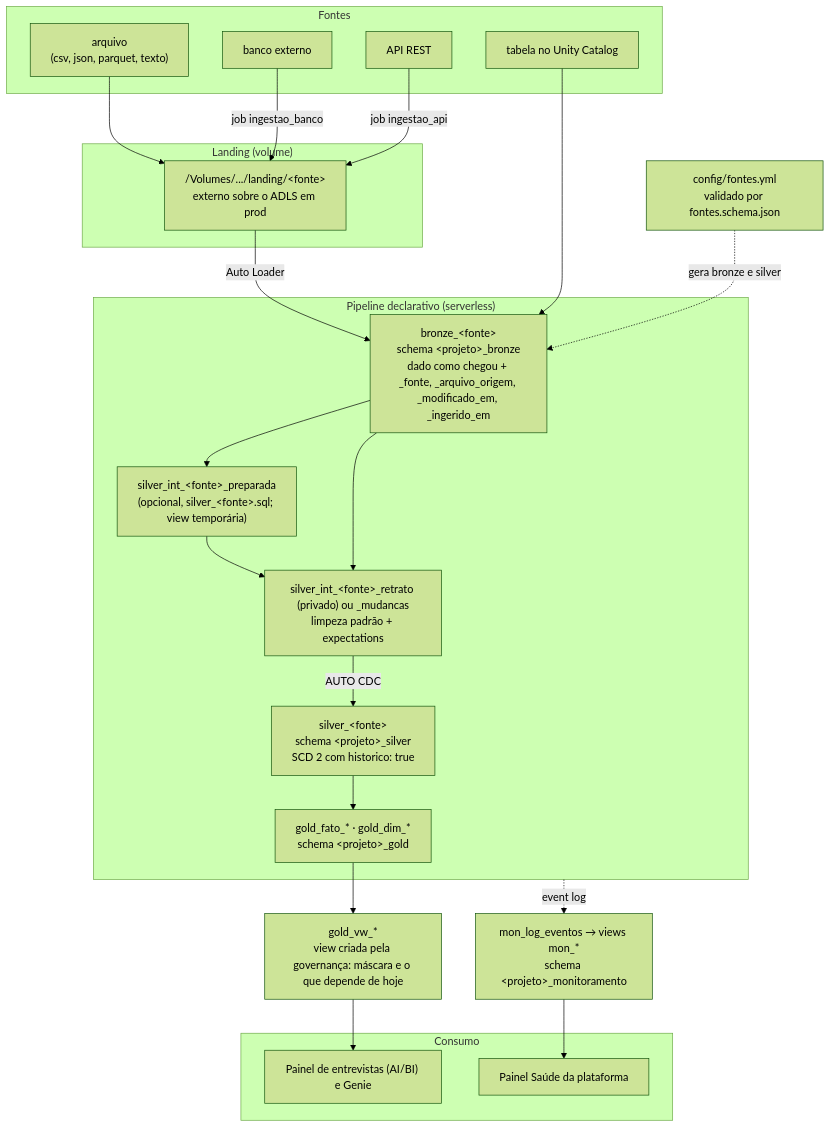
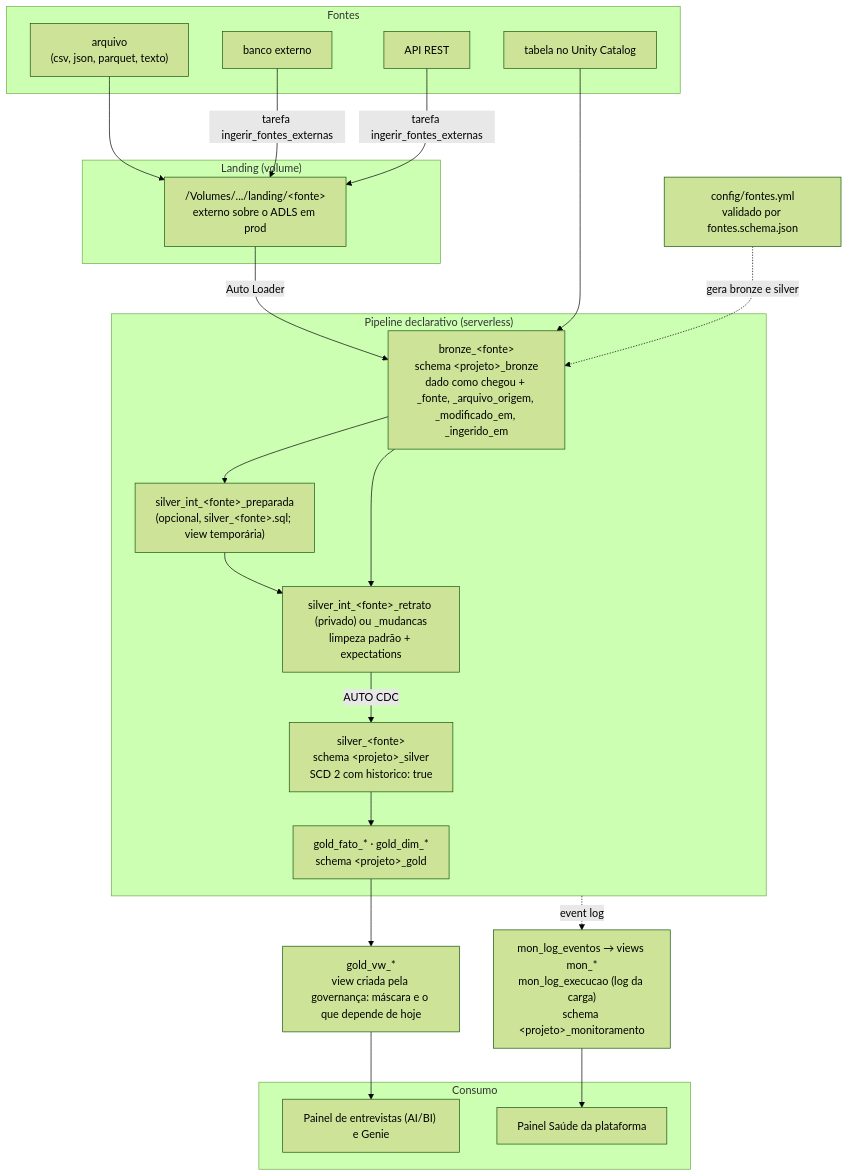
Before and after one commit to JoaoGama-dev/databricks-lakehouse-essentials: the first of 2 diagrams in docs/arquitetura.md, drawn with Mermaid (forest theme). The commit also changed other lines of this file and 25 other files, not shown here.

````diff
--- a/docs/arquitetura.md
+++ b/docs/arquitetura.md
@@ -8,45 +8,45 @@
 ```mermaid
 flowchart TD
     cfg["config/fontes.yml<br/>validado por fontes.schema.json"]
 
     subgraph fontes["Fontes"]
         arq["arquivo<br/>(csv, json, parquet, texto)"]
         tab["tabela no Unity Catalog"]
         bco["banco externo"]
         api["API REST"]
     end
 
     subgraph landing["Landing (volume)"]
         vol["/Volumes/.../landing/#60;fonte#62;<br/>externo sobre o ADLS em prod"]
     end
 
     subgraph pipeline["Pipeline declarativo (serverless)"]
         bronze["bronze_#60;fonte#62;<br/>schema #60;projeto#62;_bronze<br/>dado como chegou + _fonte, _arquivo_origem, _modificado_em, _ingerido_em"]
         prep["silver_int_#60;fonte#62;_preparada<br/>(opcional, silver_#60;fonte#62;.sql; view temporária)"]
         valid["silver_int_#60;fonte#62;_retrato (privado) ou _mudancas<br/>limpeza padrão + expectations"]
         silver["silver_#60;fonte#62;<br/>schema #60;projeto#62;_silver<br/>SCD 2 com historico: true"]
         gold["gold_fato_* · gold_dim_*<br/>schema #60;projeto#62;_gold"]
     end
 
     vw["gold_vw_*<br/>view criada pela governança: máscara e o que depende de hoje"]
 
     subgraph consumo["Consumo"]
         painel["Painel de entrevistas (AI/BI) e Genie"]
         saude["Painel Saúde da plataforma"]
     end
 
     arq --> vol
-    bco -- "job ingestao_banco" --> vol
-    api -- "job ingestao_api" --> vol
+    bco -- "tarefa ingerir_fontes_externas" --> vol
+    api -- "tarefa ingerir_fontes_externas" --> vol
     vol -- "Auto Loader" --> bronze
     tab --> bronze
     cfg -. "gera bronze e silver" .-> bronze
     bronze --> prep --> valid
     bronze --> valid
     valid -- "AUTO CDC" --> silver
     silver --> gold
     gold --> vw
     vw --> painel
-    pipeline -. "event log" .-> mon["mon_log_eventos → views mon_*<br/>schema #60;projeto#62;_monitoramento"]
+    pipeline -. "event log" .-> mon["mon_log_eventos → views mon_*<br/>mon_log_execucao (log da carga)<br/>schema #60;projeto#62;_monitoramento"]
     mon --> saude
 ```
````
